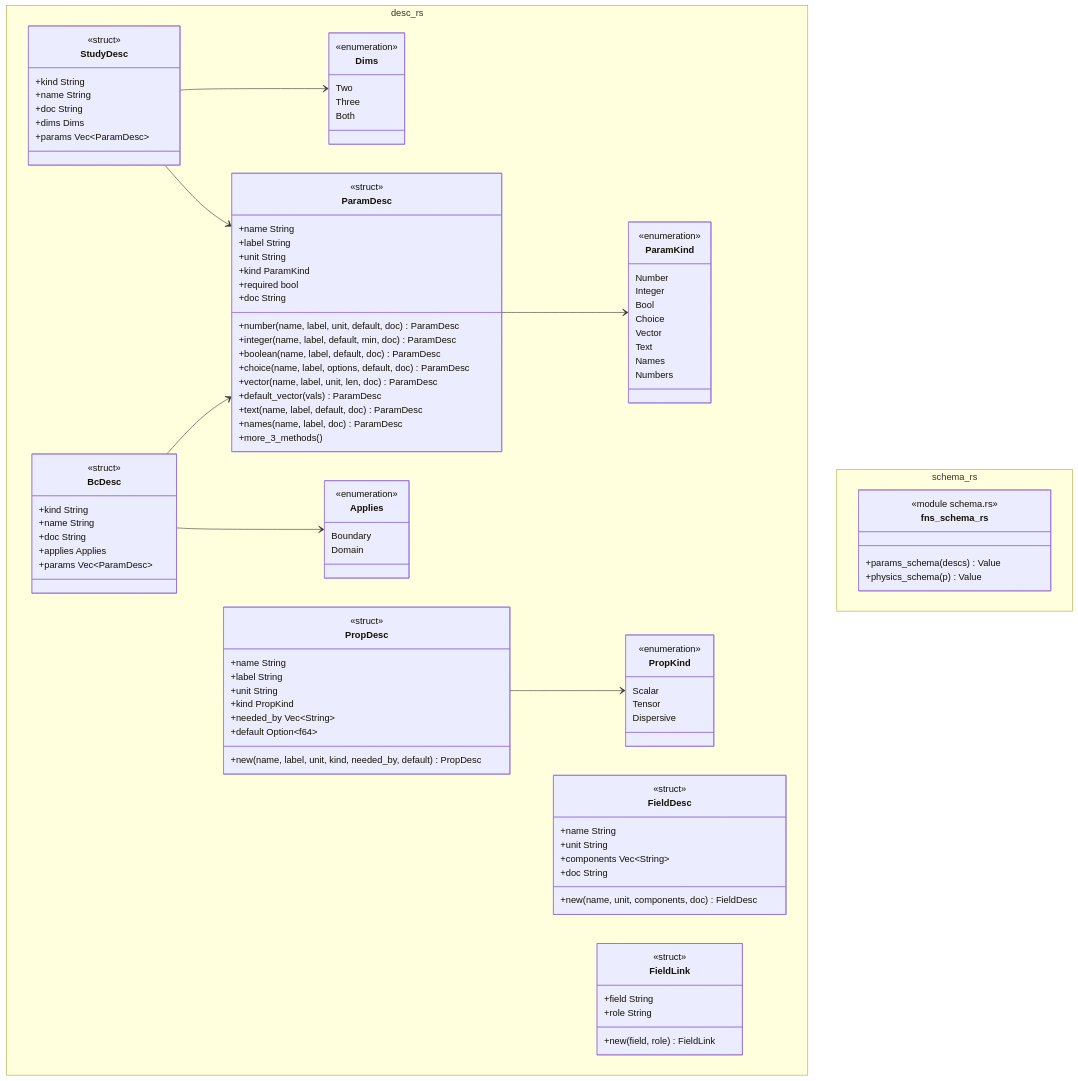
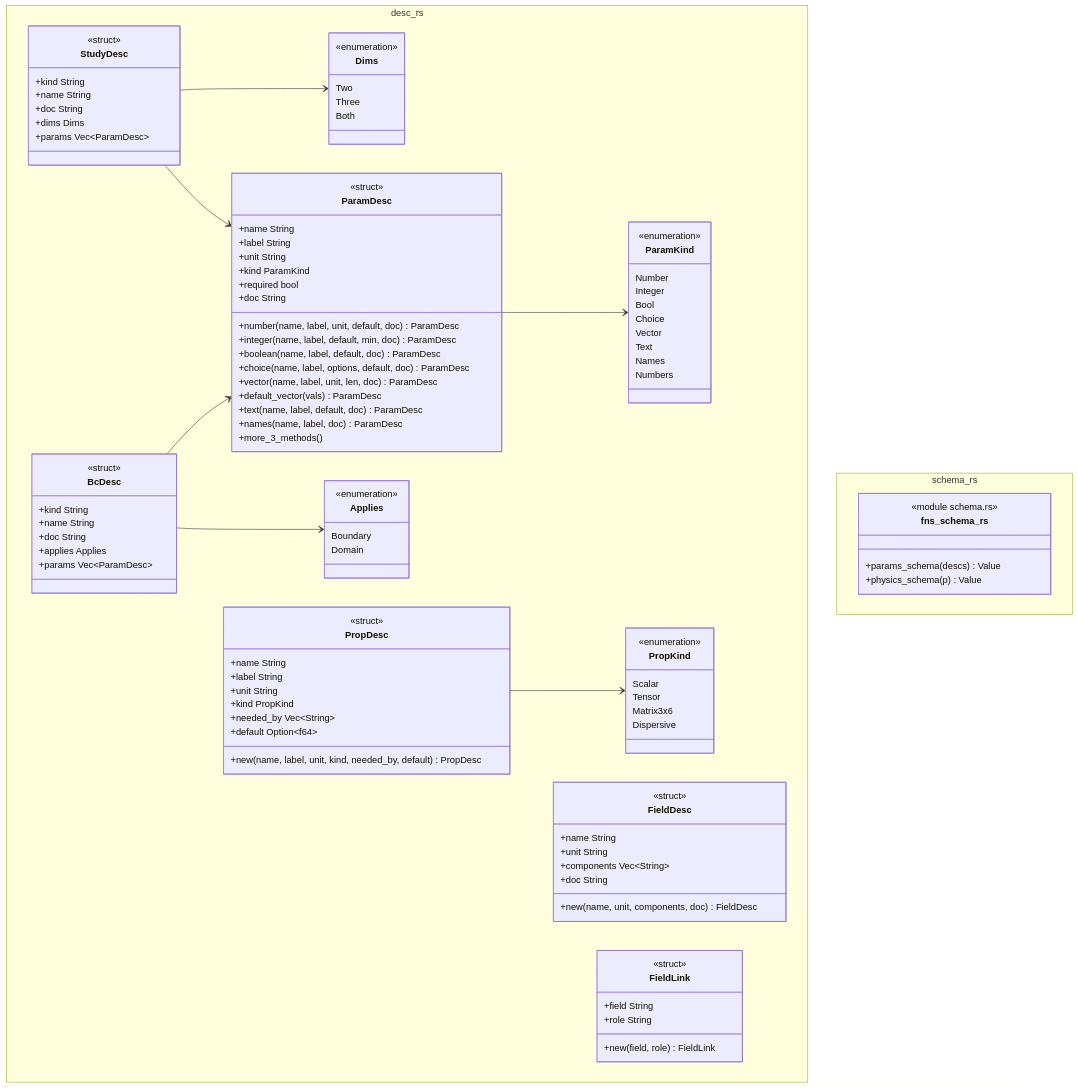
The diagram in docs/architecture/c4/4-code/physics/descriptors.md (p-j-r/nyx), drawn with Mermaid before and after one commit. The commit also changed other lines of this file and 110 other files, not shown here.

```diff
--- a/docs/architecture/c4/4-code/physics/descriptors.md
+++ b/docs/architecture/c4/4-code/physics/descriptors.md
@@ -97,6 +97,7 @@
         <<enumeration>>
         Scalar
         Tensor
+        Matrix3x6
         Dispersive
     }
     class PropDesc {
```
